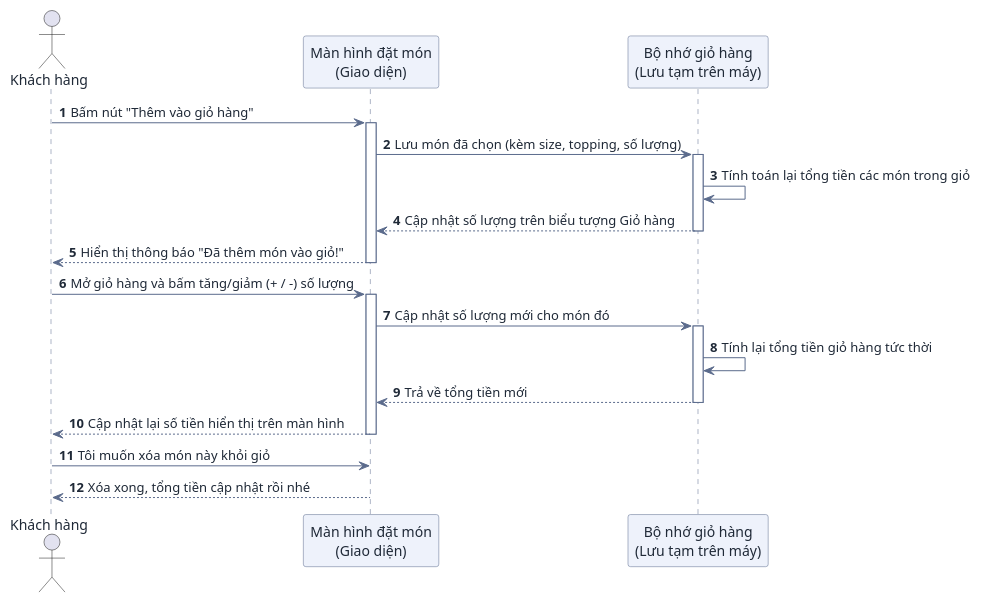
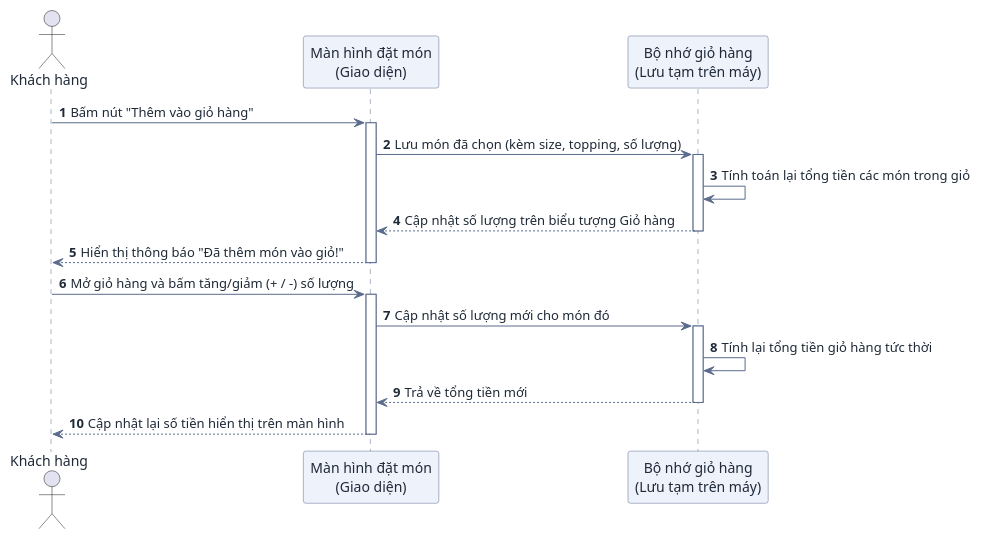
The second of 6 diagrams in docs/user-sequence-specifications.md (DuVinhLoi/BrewLite), drawn with PlantUML before and after one commit. The commit also changed other lines of this file, not shown here.

Commit message:
docs: revert UC02 delete lines, shorten group note to fit fragment

````diff
--- a/docs/user-sequence-specifications.md
+++ b/docs/user-sequence-specifications.md
@@ -132,39 +132,36 @@
 ```plantuml
 @startuml
 skinparam DefaultFontColor #1f2937
 skinparam ArrowColor #5b6b8c
 skinparam SequenceParticipantBackgroundColor #eef2fb
 skinparam SequenceParticipantBorderColor #5b6b8c
 skinparam SequenceLifeLineBorderColor #5b6b8c
 
 autonumber
 actor "Khách hàng" as User
 participant "Màn hình đặt món\n(Giao diện)" as UI
 participant "Bộ nhớ giỏ hàng\n(Lưu tạm trên máy)" as Cart
 
 User -> UI : Bấm nút "Thêm vào giỏ hàng"
 activate UI
 UI -> Cart : Lưu món đã chọn (kèm size, topping, số lượng)
 activate Cart
 
 Cart -> Cart : Tính toán lại tổng tiền các món trong giỏ
 Cart --> UI : Cập nhật số lượng trên biểu tượng Giỏ hàng
 deactivate Cart
 
 UI --> User : Hiển thị thông báo "Đã thêm món vào giỏ!"
 deactivate UI
 
 User -> UI : Mở giỏ hàng và bấm tăng/giảm (+ / -) số lượng
 activate UI
 UI -> Cart : Cập nhật số lượng mới cho món đó
 activate Cart
 Cart -> Cart : Tính lại tổng tiền giỏ hàng tức thời
 Cart --> UI : Trả về tổng tiền mới
 deactivate Cart
 UI --> User : Cập nhật lại số tiền hiển thị trên màn hình
 deactivate UI
-
-User -> UI : Tôi muốn xóa món này khỏi giỏ
-UI --> User : Xóa xong, tổng tiền cập nhật rồi nhé
 @enduml
 ```
````
